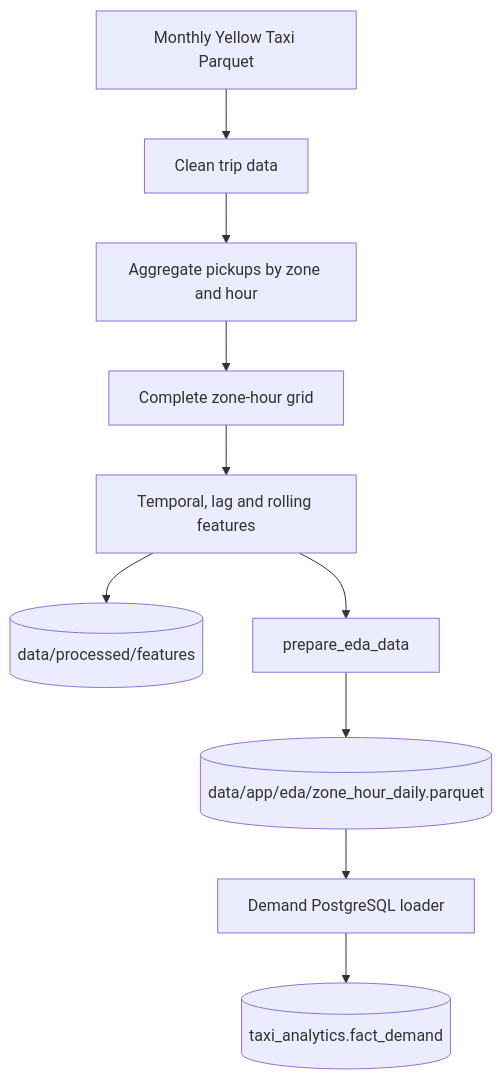
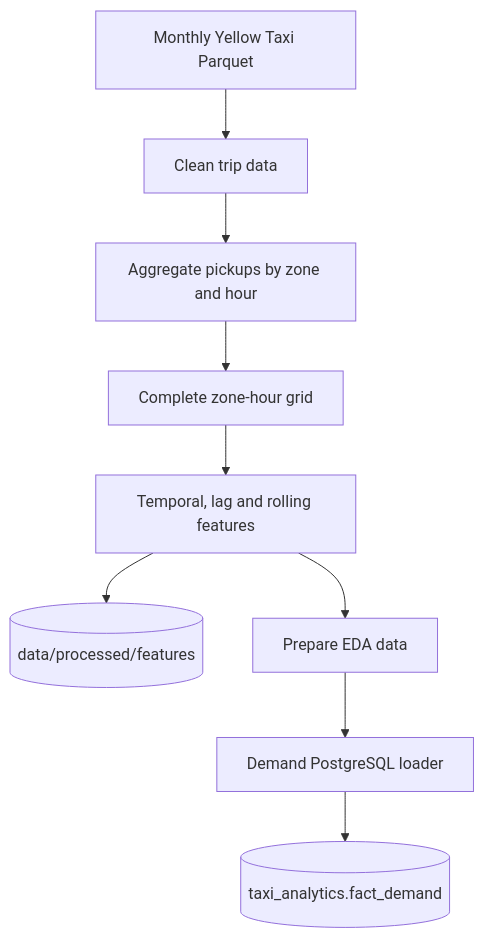
The first of 2 diagrams in docs/data_pipeline.md (georgeballa7/NycTaxiDemandForecasting), drawn with Mermaid before and after one commit. The commit also changed other lines of this file, not shown here.

````diff
--- a/docs/data_pipeline.md
+++ b/docs/data_pipeline.md
@@ -61,12 +59,11 @@
 ```mermaid
 flowchart TD
     RAW[Monthly Yellow Taxi Parquet] --> CLEAN[Clean trip data]
     CLEAN --> AGG[Aggregate pickups by zone and hour]
     AGG --> GRID[Complete zone-hour grid]
     GRID --> FEAT[Temporal, lag and rolling features]
     FEAT --> FEATURES[(data/processed/features)]
-    FEAT --> EDA[prepare_eda_data]
-    EDA --> APPEDA[(data/app/eda/zone_hour_daily.parquet)]
-    APPEDA --> LOAD[Demand PostgreSQL loader]
+    FEAT --> EDA[Prepare EDA data]
+    EDA --> LOAD[Demand PostgreSQL loader]
     LOAD --> FACT[(taxi_analytics.fact_demand)]
 ```
````
